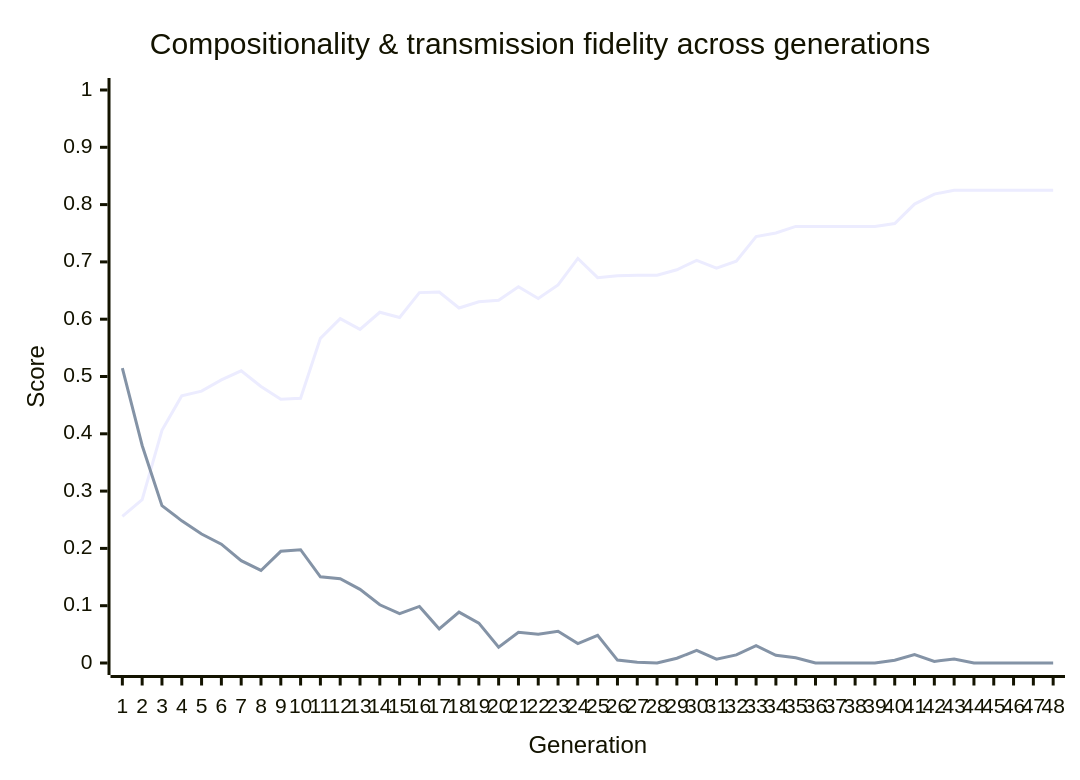
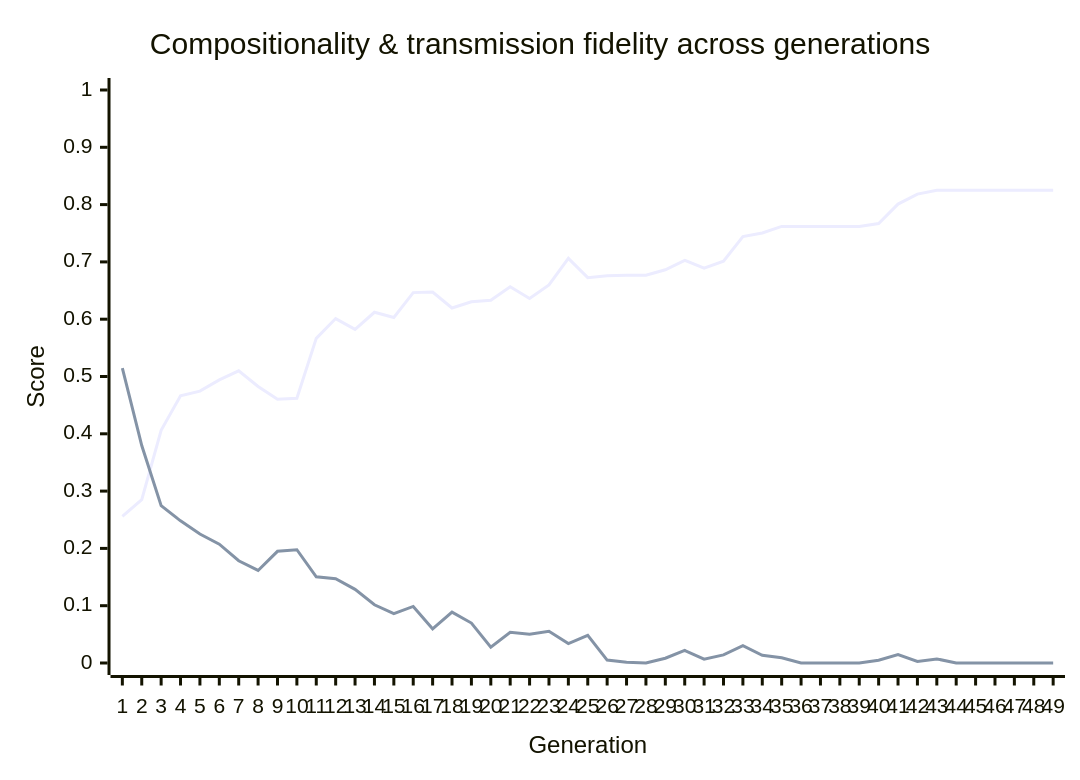
One commit to nichobbs/traditio changed the diagram in metrics/latest-report.md. Above: the diagram before and after it, drawn with Mermaid. The commit also changed other lines of this file and 1 other file, not shown here.

````diff
--- a/metrics/latest-report.md
+++ b/metrics/latest-report.md
@@ -40,8 +40,8 @@
 ```mermaid
 xychart-beta
     title "Compositionality & transmission fidelity across generations"
-    x-axis "Generation" [1, 2, 3, 4, 5, 6, 7, 8, 9, 10, 11, 12, 13, 14, 15, 16, 17, 18, 19, 20, 21, 22, 23, 24, 25, 26, 27, 28, 29, 30, 31, 32, 33, 34, 35, 36, 37, 38, 39, 40, 41, 42, 43, 44, 45, 46, 47, 48]
+    x-axis "Generation" [1, 2, 3, 4, 5, 6, 7, 8, 9, 10, 11, 12, 13, 14, 15, 16, 17, 18, 19, 20, 21, 22, 23, 24, 25, 26, 27, 28, 29, 30, 31, 32, 33, 34, 35, 36, 37, 38, 39, 40, 41, 42, 43, 44, 45, 46, 47, 48, 49]
     y-axis "Score" 0 --> 1
-    line "Compositionality" [0.2559, 0.2849, 0.4060, 0.4663, 0.4745, 0.4941, 0.5099, 0.4826, 0.4603, 0.4619, 0.5665, 0.6011, 0.5822, 0.6121, 0.6029, 0.6464, 0.6473, 0.6195, 0.6304, 0.6332, 0.6566, 0.6361, 0.6598, 0.7061, 0.6725, 0.6757, 0.6767, 0.6767, 0.6863, 0.7028, 0.6890, 0.7012, 0.7442, 0.7505, 0.7619, 0.7619, 0.7619, 0.7619, 0.7619, 0.7669, 0.8009, 0.8183, 0.8250, 0.8250, 0.8250, 0.8250, 0.8250, 0.8250]
-    line "Transmission Fidelity" [0.5148, 0.3796, 0.2746, 0.2481, 0.2251, 0.2074, 0.1785, 0.1615, 0.1949, 0.1977, 0.1504, 0.1472, 0.1286, 0.1016, 0.0861, 0.0987, 0.0594, 0.0888, 0.0697, 0.0276, 0.0536, 0.0500, 0.0553, 0.0339, 0.0483, 0.0051, 0.0012, 0.0000, 0.0083, 0.0219, 0.0066, 0.0142, 0.0301, 0.0134, 0.0092, 0.0000, 0.0000, 0.0000, 0.0000, 0.0047, 0.0146, 0.0028, 0.0071, 0.0000, 0.0000, 0.0000, 0.0000, 0.0000]
+    line "Compositionality" [0.2559, 0.2849, 0.4060, 0.4663, 0.4745, 0.4941, 0.5099, 0.4826, 0.4603, 0.4619, 0.5665, 0.6011, 0.5822, 0.6121, 0.6029, 0.6464, 0.6473, 0.6195, 0.6304, 0.6332, 0.6566, 0.6361, 0.6598, 0.7061, 0.6725, 0.6757, 0.6767, 0.6767, 0.6863, 0.7028, 0.6890, 0.7012, 0.7442, 0.7505, 0.7619, 0.7619, 0.7619, 0.7619, 0.7619, 0.7669, 0.8009, 0.8183, 0.8250, 0.8250, 0.8250, 0.8250, 0.8250, 0.8250, 0.8250]
+    line "Transmission Fidelity" [0.5148, 0.3796, 0.2746, 0.2481, 0.2251, 0.2074, 0.1785, 0.1615, 0.1949, 0.1977, 0.1504, 0.1472, 0.1286, 0.1016, 0.0861, 0.0987, 0.0594, 0.0888, 0.0697, 0.0276, 0.0536, 0.0500, 0.0553, 0.0339, 0.0483, 0.0051, 0.0012, 0.0000, 0.0083, 0.0219, 0.0066, 0.0142, 0.0301, 0.0134, 0.0092, 0.0000, 0.0000, 0.0000, 0.0000, 0.0047, 0.0146, 0.0028, 0.0071, 0.0000, 0.0000, 0.0000, 0.0000, 0.0000, 0.0000]
 ```
````
